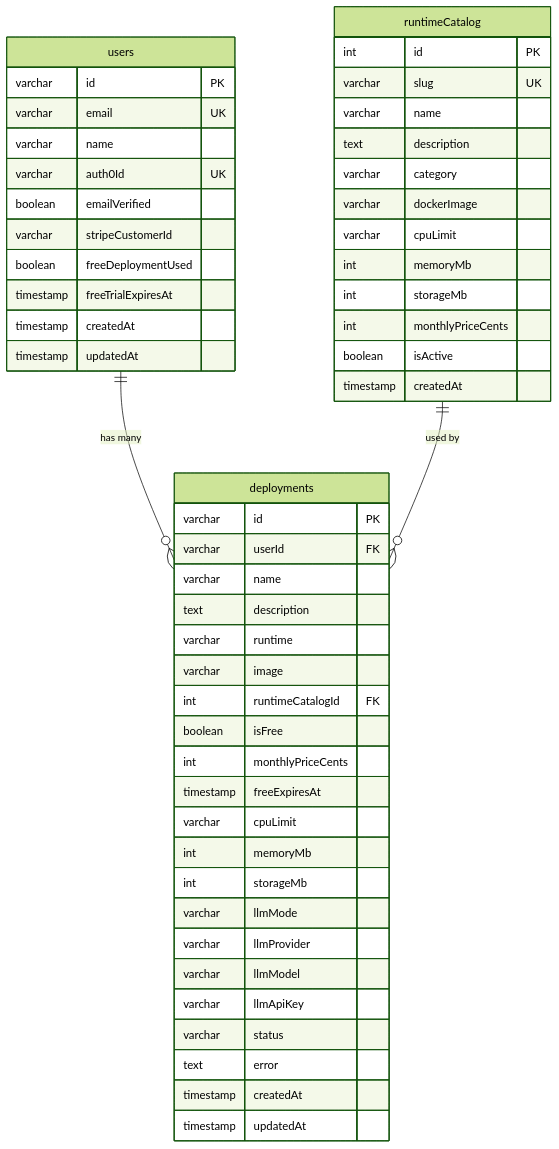
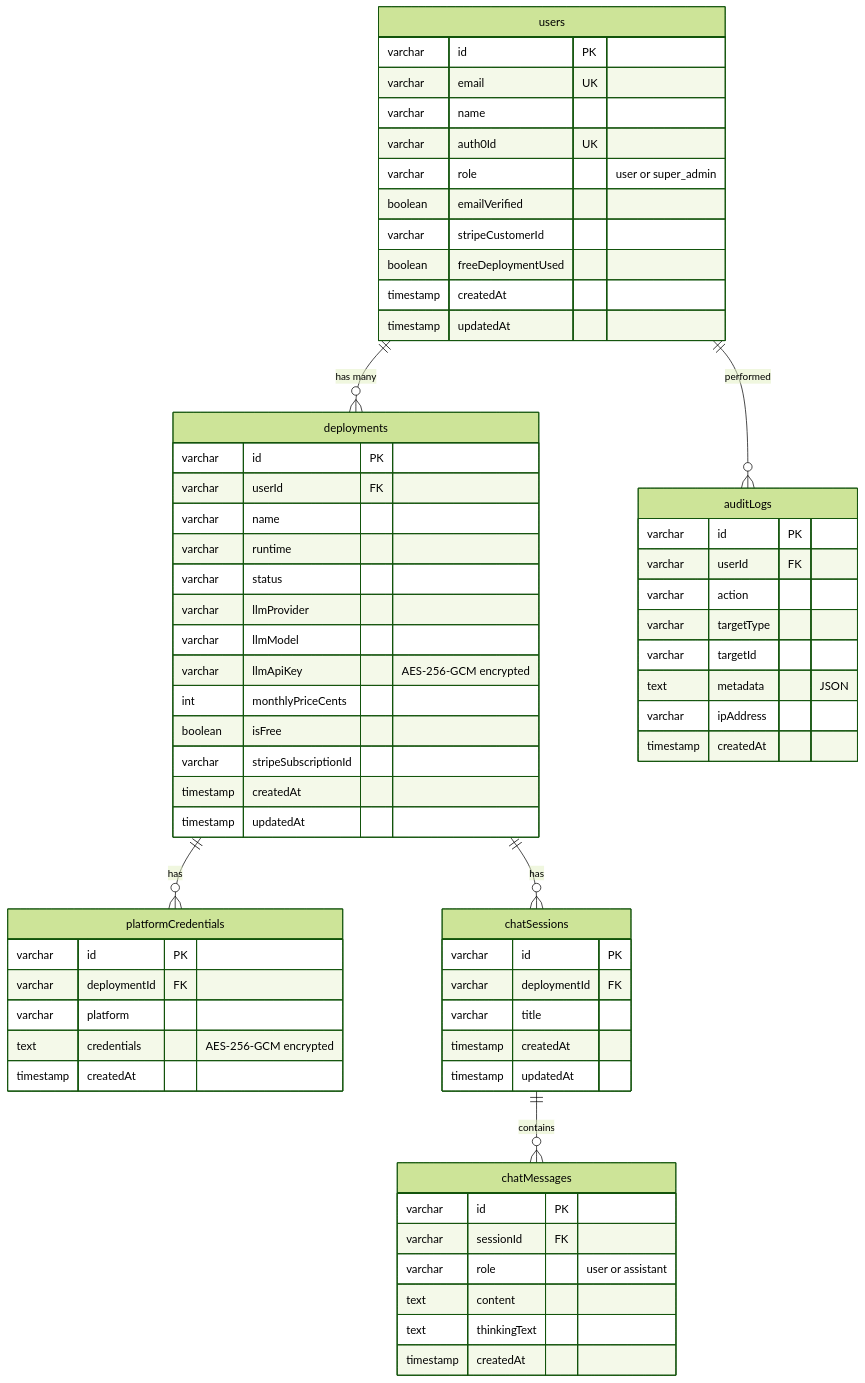
One commit to Bretthb/jarble changed the fourth of 10 diagrams in Jarble-mvp/docs/JARBLE_PLATFORM_OVERVIEW.md. Above: the diagram before and after it, drawn with Mermaid (forest theme). The commit also changed other lines of this file and 3 other files, not shown here.

````diff
--- a/Jarble-mvp/docs/JARBLE_PLATFORM_OVERVIEW.md
+++ b/Jarble-mvp/docs/JARBLE_PLATFORM_OVERVIEW.md
@@ -253,57 +244,73 @@
 ```mermaid
 erDiagram
     users {
         varchar id PK
         varchar email UK
         varchar name
         varchar auth0Id UK
+        varchar role "user or super_admin"
         boolean emailVerified
         varchar stripeCustomerId
         boolean freeDeploymentUsed
-        timestamp freeTrialExpiresAt
         timestamp createdAt
         timestamp updatedAt
     }
 
     deployments {
         varchar id PK
         varchar userId FK
         varchar name
-        text description
         varchar runtime
-        varchar image
-        int runtimeCatalogId FK
-        boolean isFree
-        int monthlyPriceCents
-        timestamp freeExpiresAt
-        varchar cpuLimit
-        int memoryMb
-        int storageMb
-        varchar llmMode
+        varchar status
         varchar llmProvider
         varchar llmModel
-        varchar llmApiKey
-        varchar status
-        text error
+        varchar llmApiKey "AES-256-GCM encrypted"
+        int monthlyPriceCents
+        boolean isFree
+        varchar stripeSubscriptionId
         timestamp createdAt
         timestamp updatedAt
     }
 
-    runtimeCatalog {
-        int id PK
-        varchar slug UK
-        varchar name
-        text description
-        varchar category
-        varchar dockerImage
-        varchar cpuLimit
-        int memoryMb
-        int storageMb
-        int monthlyPriceCents
-        boolean isActive
+    auditLogs {
+        varchar id PK
+        varchar userId FK
+        varchar action
+        varchar targetType
+        varchar targetId
+        text metadata "JSON"
+        varchar ipAddress
+        timestamp createdAt
+    }
+
+    platformCredentials {
+        varchar id PK
+        varchar deploymentId FK
+        varchar platform
+        text credentials "AES-256-GCM encrypted"
+        timestamp createdAt
+    }
+
+    chatSessions {
+        varchar id PK
+        varchar deploymentId FK
+        varchar title
+        timestamp createdAt
+        timestamp updatedAt
+    }
+
+    chatMessages {
+        varchar id PK
+        varchar sessionId FK
+        varchar role "user or assistant"
+        text content
+        text thinkingText
         timestamp createdAt
     }
 
     users ||--o{ deployments : "has many"
-    runtimeCatalog ||--o{ deployments : "used by"
+    users ||--o{ auditLogs : "performed"
+    deployments ||--o{ platformCredentials : "has"
+    deployments ||--o{ chatSessions : "has"
+    chatSessions ||--o{ chatMessages : "contains"
 ```
````
